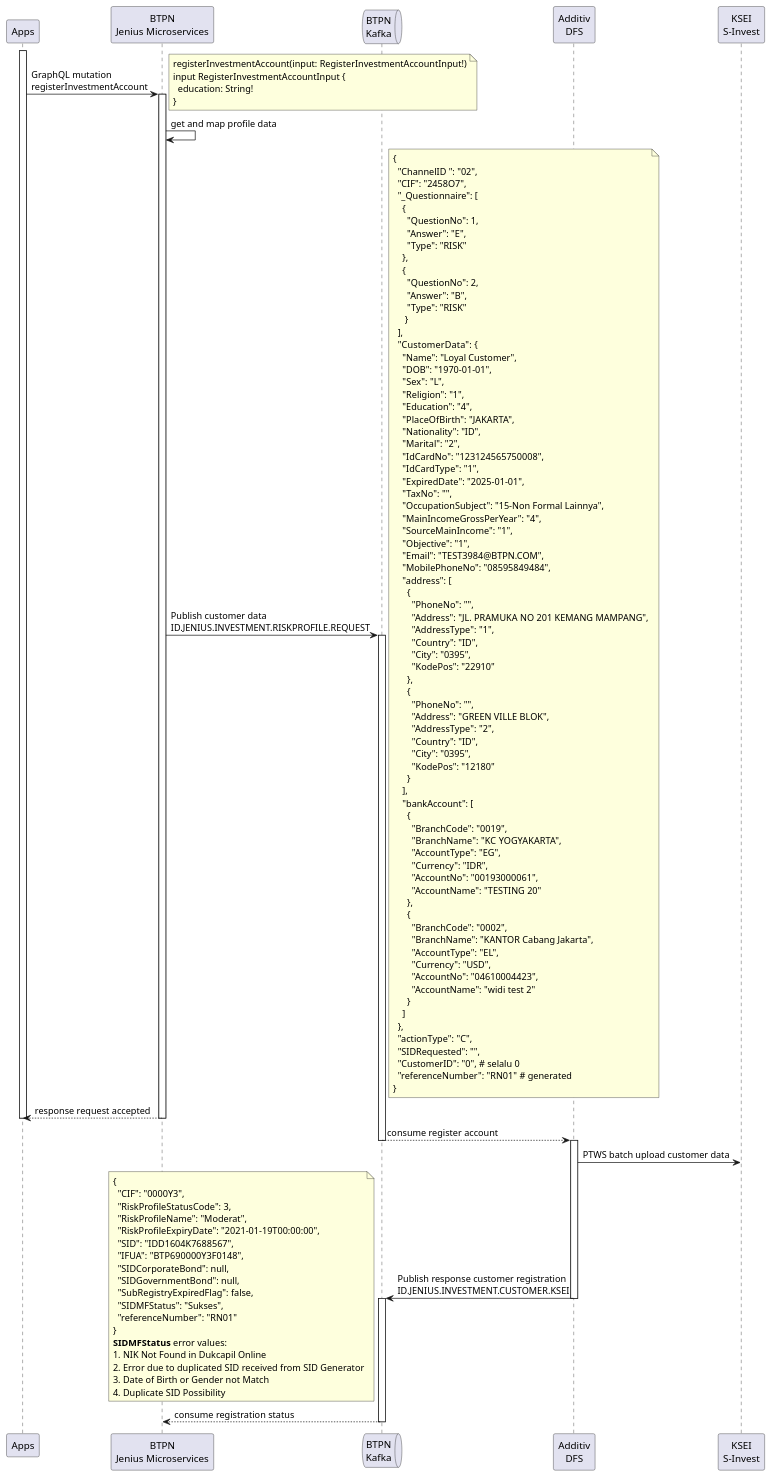
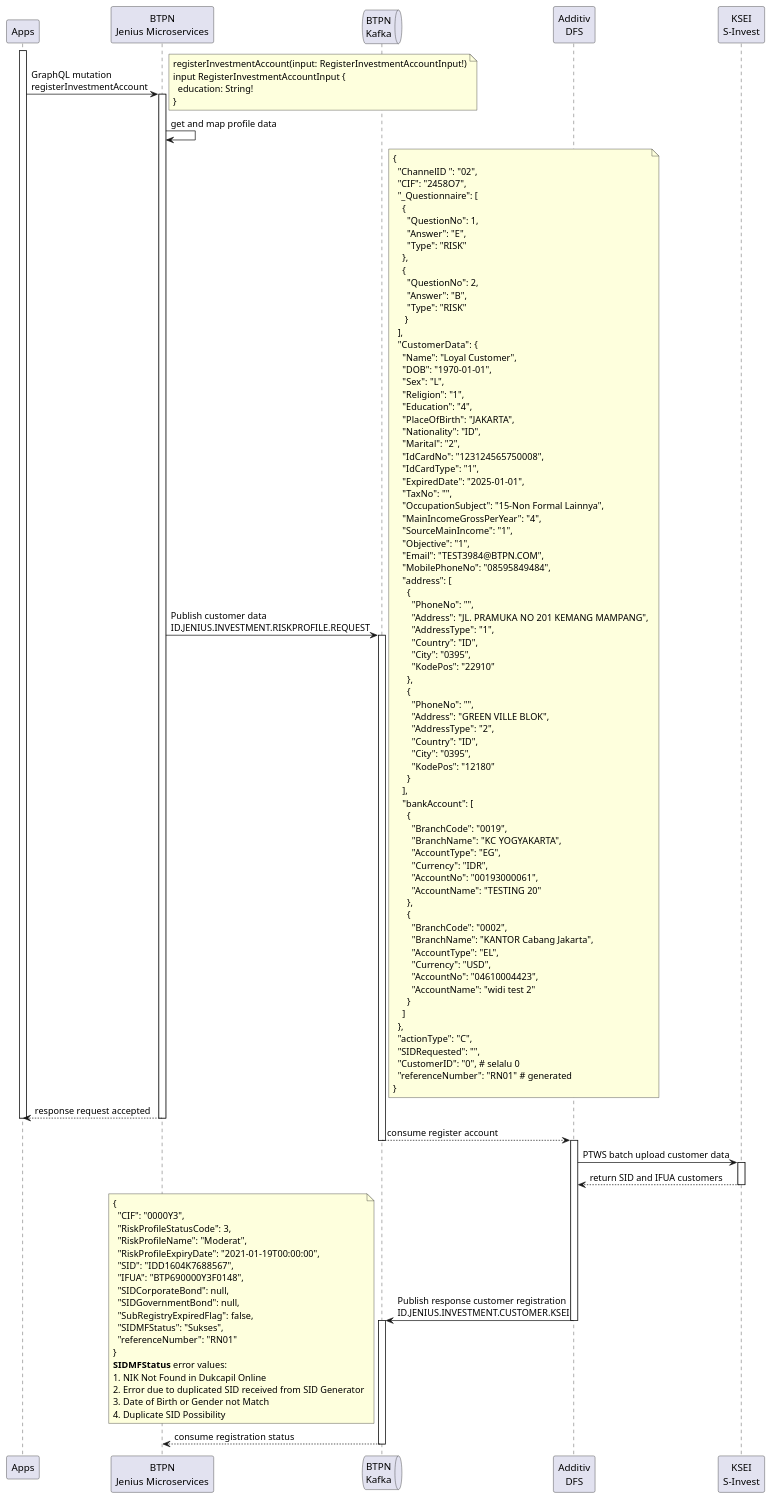
One commit to iksena/jenius-uml changed the diagram in jeniusDfs/openAccount.puml. Above: the diagram before and after it, drawn with PlantUML. The commit also changed 5 other files, not shown here.

```diff
--- a/jeniusDfs/openAccount.puml
+++ b/jeniusDfs/openAccount.puml
@@ -1,131 +1,134 @@
 @startuml open account
 participant "Apps" as app
 participant "BTPN\nJenius Microservices" as ms
 queue "BTPN\nKafka" as kafka
 participant "Additiv\nDFS" as dfs
 participant "KSEI\nS-Invest" as ksei
 
 activate app
 app -> ms: GraphQL mutation\nregisterInvestmentAccount
 note right
 registerInvestmentAccount(input: RegisterInvestmentAccountInput!)
 input RegisterInvestmentAccountInput {
   education: String!
 }
 end note
 activate ms
 ms -> ms: get and map profile data
 ms -> kafka: Publish customer data\nID.JENIUS.INVESTMENT.RISKPROFILE.REQUEST
 note right
 { 
   "ChannelID ": "02",
   "CIF": "2458O7",
   "_Questionnaire": [
     { 
       "QuestionNo": 1,
       "Answer": "E",
       "Type": "RISK"
     },
     {
       "QuestionNo": 2,
       "Answer": "B",
       "Type": "RISK"
      }
   ],
   "CustomerData":  { 
     "Name": "Loyal Customer",
     "DOB": "1970-01-01",
     "Sex": "L",
     "Religion": "1",
     "Education": "4",
     "PlaceOfBirth": "JAKARTA",
     "Nationality": "ID",
     "Marital": "2",
     "IdCardNo": "123124565750008",
     "IdCardType": "1",
     "ExpiredDate": "2025-01-01",
     "TaxNo": "",
     "OccupationSubject": "15-Non Formal Lainnya",
     "MainIncomeGrossPerYear": "4",
     "SourceMainIncome": "1",
     "Objective": "1",
     "Email": "TEST3984@BTPN.COM",
     "MobilePhoneNo": "08595849484",
     "address": [
       { 
         "PhoneNo": "", 
         "Address": "JL. PRAMUKA NO 201 KEMANG MAMPANG",
         "AddressType": "1",
         "Country": "ID",
         "City": "0395",
         "KodePos": "22910"
       },
       { 
         "PhoneNo": "", 
         "Address": "GREEN VILLE BLOK",
         "AddressType": "2",
         "Country": "ID",
         "City": "0395",
         "KodePos": "12180"
       }
     ],
     "bankAccount": [
       { 
         "BranchCode": "0019",
         "BranchName": "KC YOGYAKARTA",
         "AccountType": "EG",
         "Currency": "IDR",
         "AccountNo": "00193000061",
         "AccountName": "TESTING 20"
       },
       { 
         "BranchCode": "0002",
         "BranchName": "KANTOR Cabang Jakarta",
         "AccountType": "EL",
         "Currency": "USD",
         "AccountNo": "04610004423",
         "AccountName": "widi test 2"
       }
     ]
   },
   "actionType": "C", 
   "SIDRequested": "",
   "CustomerID": "0", # selalu 0
   "referenceNumber": "RN01" # generated 
 }
 end note
 activate kafka
 ms --> app: response request accepted
 deactivate ms
 deactivate app
 kafka --> dfs: consume register account
 deactivate kafka
 activate dfs
 dfs -> ksei: PTWS batch upload customer data
+activate ksei
+ksei --> dfs: return SID and IFUA customers
+deactivate ksei
 dfs -> kafka: Publish response customer registration\nID.JENIUS.INVESTMENT.CUSTOMER.KSEI
 note left
 {
   "CIF": "0000Y3",
   "RiskProfileStatusCode": 3,
   "RiskProfileName": "Moderat",
   "RiskProfileExpiryDate": "2021-01-19T00:00:00",
   "SID": "IDD1604K7688567",
   "IFUA": "BTP690000Y3F0148",
   "SIDCorporateBond": null,
   "SIDGovernmentBond": null,
   "SubRegistryExpiredFlag": false,
   "SIDMFStatus": "Sukses",
   "referenceNumber": "RN01"
 }
 **SIDMFStatus** error values:
 1. NIK Not Found in Dukcapil Online
 2. Error due to duplicated SID received from SID Generator
 3. Date of Birth or Gender not Match
 4. Duplicate SID Possibility
 end note
 deactivate dfs
 activate kafka
 kafka --> ms: consume registration status
 deactivate kafka
 
 @enduml
```
